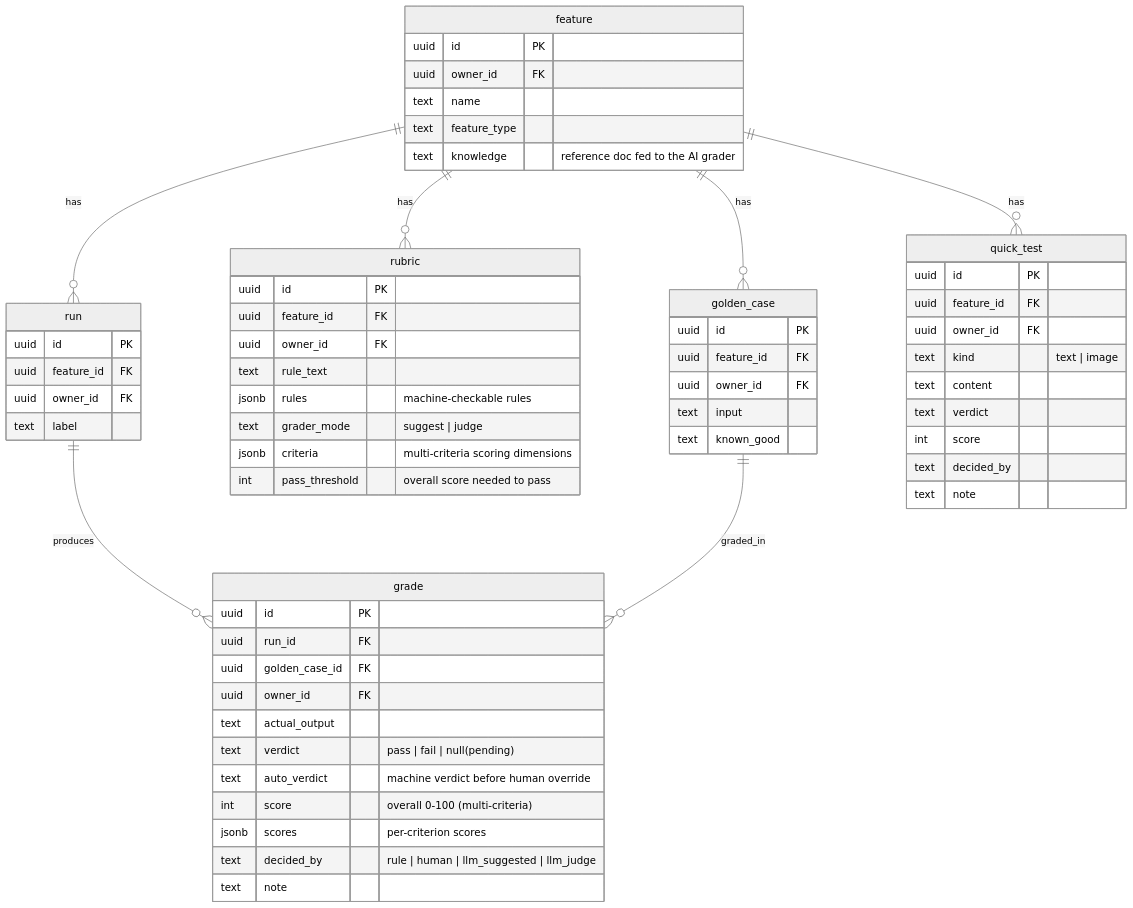
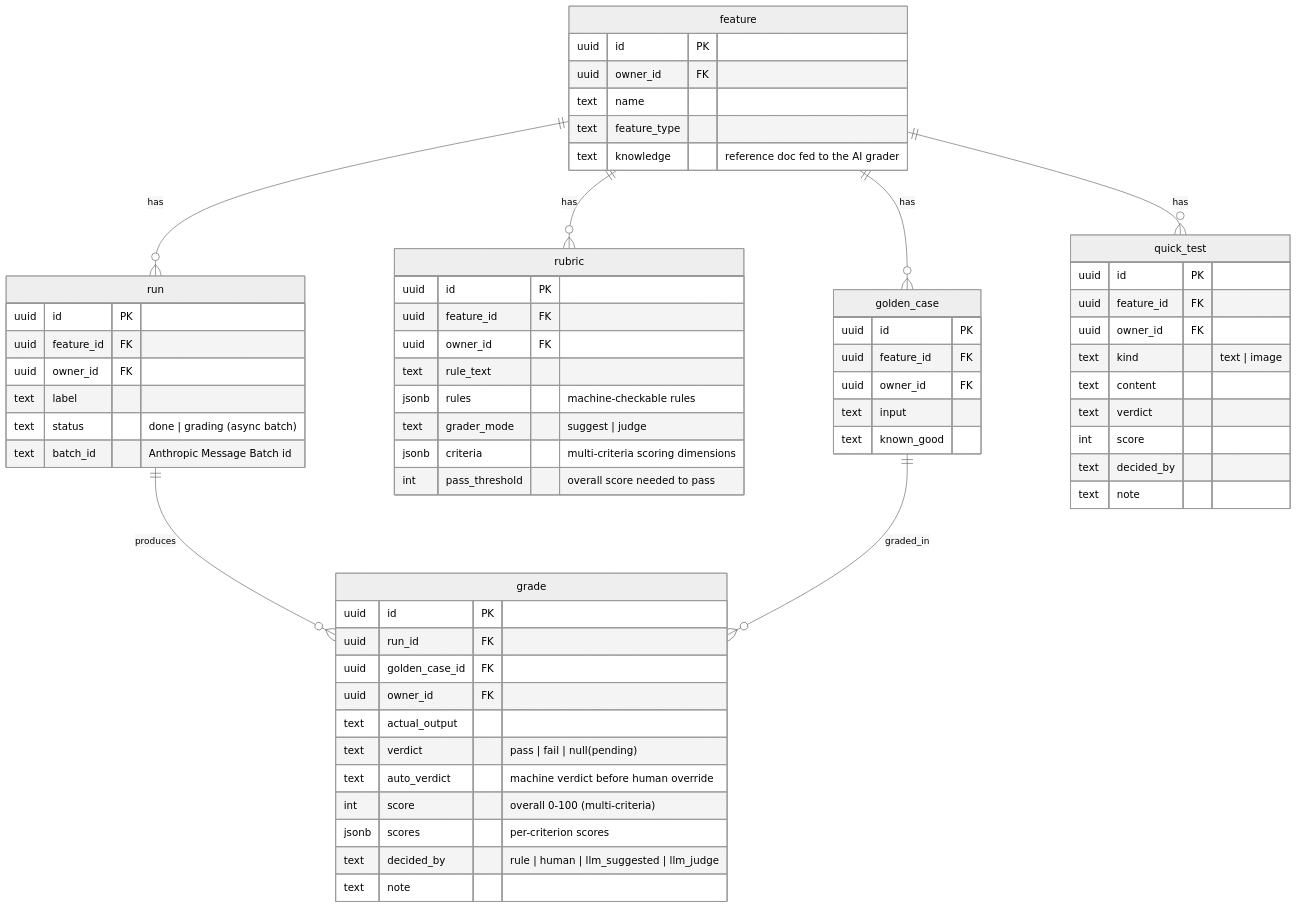
One commit to kavinrajsi/eval-copilot changed the diagram in doc/domain-model.md. Above: the diagram before and after it, drawn with Mermaid (neutral theme). The commit also changed other lines of this file and 3 other files, not shown here.

````diff
--- a/doc/domain-model.md
+++ b/doc/domain-model.md
@@ -11,64 +11,66 @@
 ```mermaid
 erDiagram
     feature ||--o{ golden_case : has
     feature ||--o{ rubric : has
     feature ||--o{ run : has
     feature ||--o{ quick_test : has
     run ||--o{ grade : produces
     golden_case ||--o{ grade : graded_in
 
     feature {
       uuid id PK
       uuid owner_id FK
       text name
       text feature_type
       text knowledge "reference doc fed to the AI grader"
     }
     golden_case {
       uuid id PK
       uuid feature_id FK
       uuid owner_id FK
       text input
       text known_good
     }
     rubric {
       uuid id PK
       uuid feature_id FK
       uuid owner_id FK
       text rule_text
       jsonb rules "machine-checkable rules"
       text grader_mode "suggest | judge"
       jsonb criteria "multi-criteria scoring dimensions"
       int pass_threshold "overall score needed to pass"
     }
     run {
       uuid id PK
       uuid feature_id FK
       uuid owner_id FK
       text label
+      text status "done | grading (async batch)"
+      text batch_id "Anthropic Message Batch id"
     }
     grade {
       uuid id PK
       uuid run_id FK
       uuid golden_case_id FK
       uuid owner_id FK
       text actual_output
       text verdict "pass | fail | null(pending)"
       text auto_verdict "machine verdict before human override"
       int score "overall 0-100 (multi-criteria)"
       jsonb scores "per-criterion scores"
       text decided_by "rule | human | llm_suggested | llm_judge"
       text note
     }
     quick_test {
       uuid id PK
       uuid feature_id FK
       uuid owner_id FK
       text kind "text | image"
       text content
       text verdict
       int score
       text decided_by
       text note
     }
 ```
````
